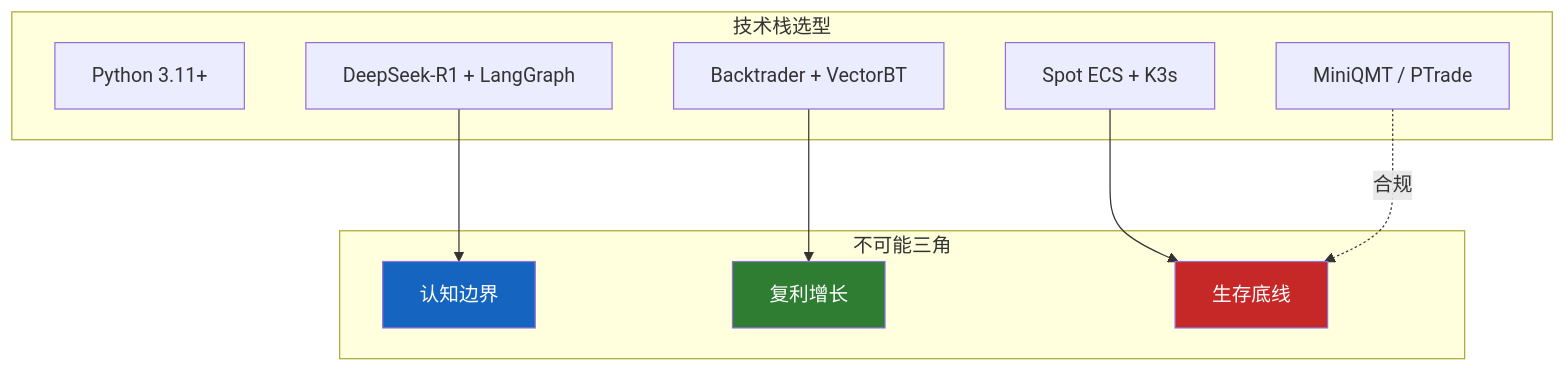
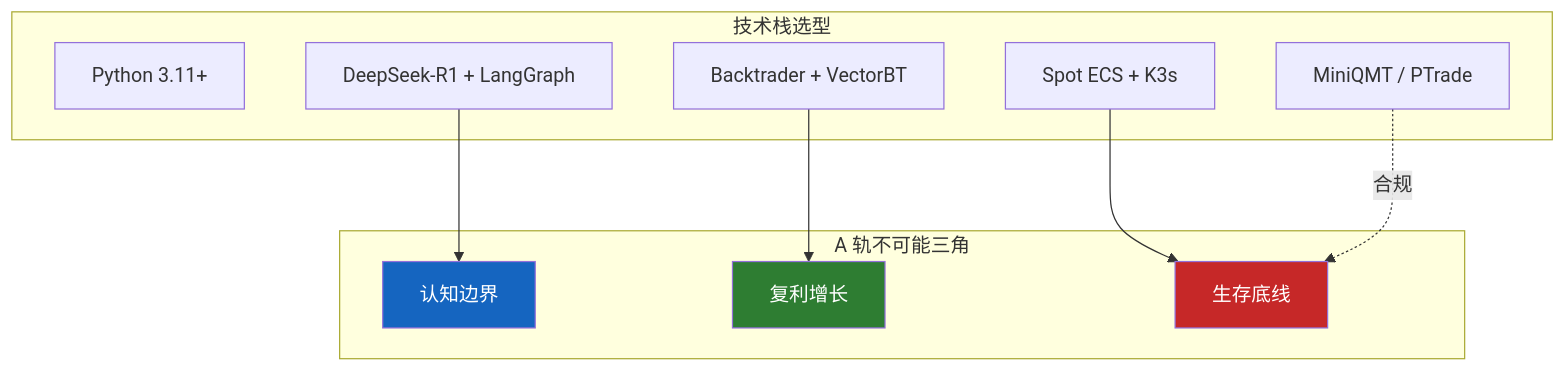
Before and after one commit to myxxhui/diting-doc: the diagram in 02_战略维度/产品设计/02_技术栈与架构维度.md, drawn with Mermaid. The commit also changed other lines of this file and 39 other files, not shown here.

````diff
--- a/02_战略维度/产品设计/02_技术栈与架构维度.md
+++ b/02_战略维度/产品设计/02_技术栈与架构维度.md
@@ -32,22 +32,22 @@
 ```mermaid
 flowchart TB
   subgraph 技术栈["技术栈选型"]
     LANG[Python 3.11+]
     BRAIN[DeepSeek-R1 + LangGraph]
     QUANT[Backtrader + VectorBT]
     EXEC[MiniQMT / PTrade]
     INFRA[Spot ECS + K3s]
   end
-  subgraph 三角["不可能三角"]
+  subgraph 三角["A 轨不可能三角"]
     C[认知边界]
     G[复利增长]
     S[生存底线]
   end
   BRAIN --> C
   QUANT --> G
   INFRA --> S
   EXEC -.->|合规| S
   style C fill:#1565c0,color:#fff
   style G fill:#2e7d32,color:#fff
   style S fill:#c62828,color:#fff
 ```
````
